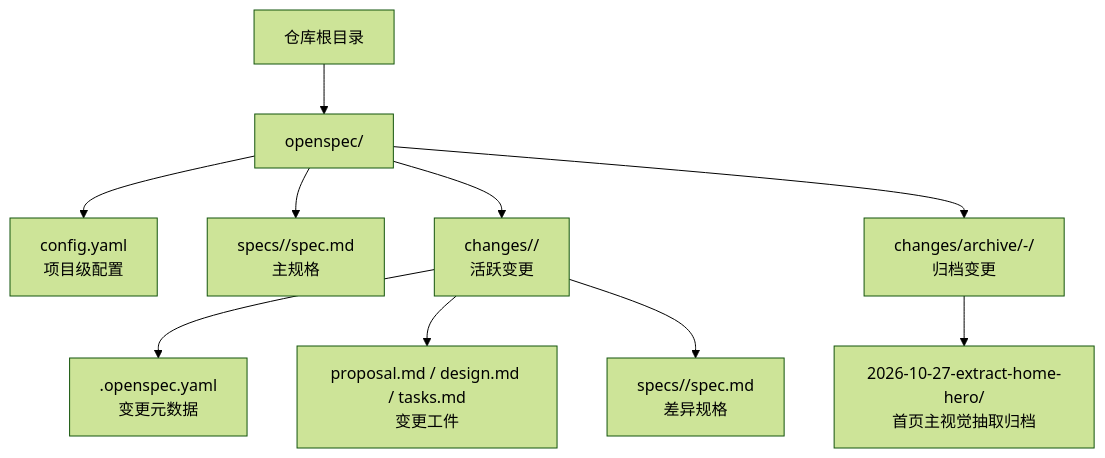
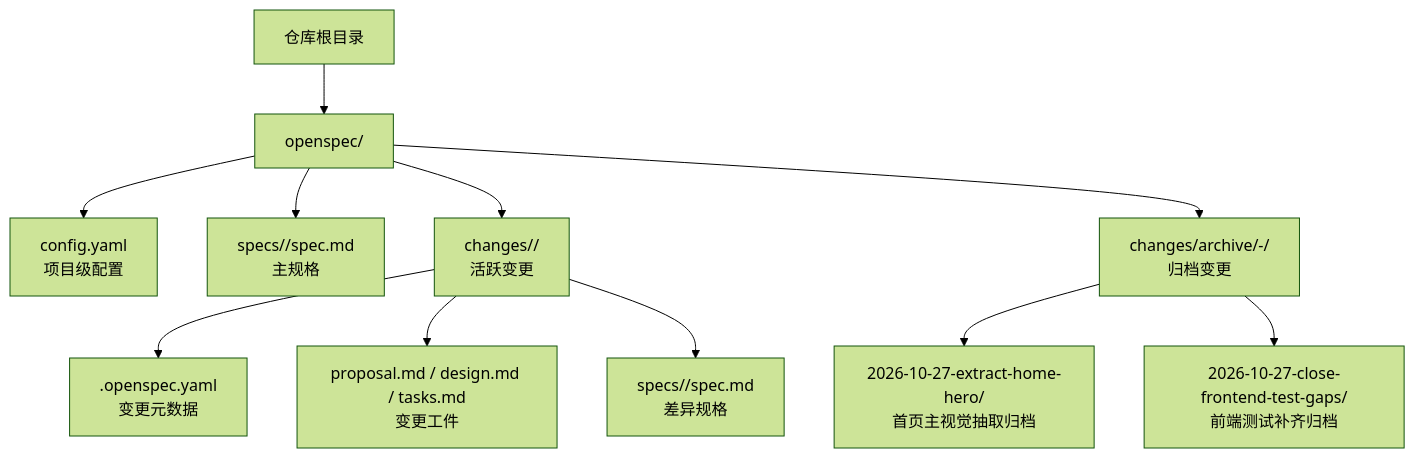
The first of 10 diagrams in .qoder/repowiki/zh/content/规格驱动开发/OpenSpec 工具使用.md (luyitiger6/my-first-project), drawn with Mermaid (forest theme) before and after one commit. The commit also changed other lines of this file and 33 other files, not shown here.

````diff
--- a/.qoder/repowiki/zh/content/规格驱动开发/OpenSpec 工具使用.md
+++ b/.qoder/repowiki/zh/content/规格驱动开发/OpenSpec 工具使用.md
@@ -51,12 +58,13 @@
 ```mermaid
 graph TB
 Root["仓库根目录"] --> ORoot["openspec/"]
 ORoot --> Config["config.yaml<br/>项目级配置"]
 ORoot --> Specs["specs/<capability>/spec.md<br/>主规格"]
 ORoot --> Changes["changes/<change-name>/<br/>活跃变更"]
 Changes --> ChangeMeta[".openspec.yaml<br/>变更元数据"]
 Changes --> Artifacts["proposal.md / design.md / tasks.md<br/>变更工件"]
 Changes --> DeltaSpecs["specs/<capability>/spec.md<br/>差异规格"]
 ORoot --> Archive["changes/archive/<date>-<name>/<br/>归档变更"]
 Archive --> ExtractHero["2026-10-27-extract-home-hero/<br/>首页主视觉抽取归档"]
+Archive --> TestGaps["2026-10-27-close-frontend-test-gaps/<br/>前端测试补齐归档"]
 ```
````
